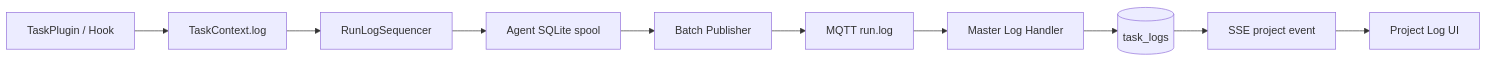
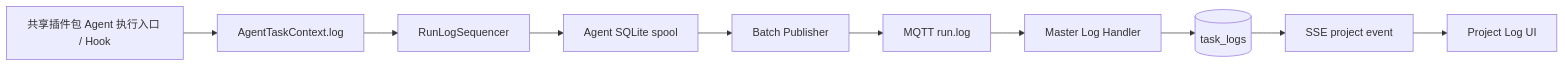
Before and after one commit to fshoocn/aetp: the eighth of 9 diagrams in 汽车电子测试平台开发文档.md, drawn with Mermaid. The commit also changed other lines of this file, not shown here.

First line of the commit message:
文档(插件): 明确 Master 与 Agent 插件职责

````diff
--- a/汽车电子测试平台开发文档.md
+++ b/汽车电子测试平台开发文档.md
@@ -1907,12 +1914,12 @@
 ```mermaid
 flowchart LR
-    PLUGIN[TaskPlugin / Hook] --> CTX[TaskContext.log]
+    PLUGIN[共享插件包 Agent 执行入口 / Hook] --> CTX[AgentTaskContext.log]
     CTX --> SEQ[RunLogSequencer]
     SEQ --> SPOOL[Agent SQLite spool]
     SPOOL --> BATCH[Batch Publisher]
     BATCH --> MQTT[MQTT run.log]
     MQTT --> MASTER[Master Log Handler]
     MASTER --> DB[(task_logs)]
     DB --> SSE[SSE project event]
     SSE --> WEB[Project Log UI]
 ```
````
